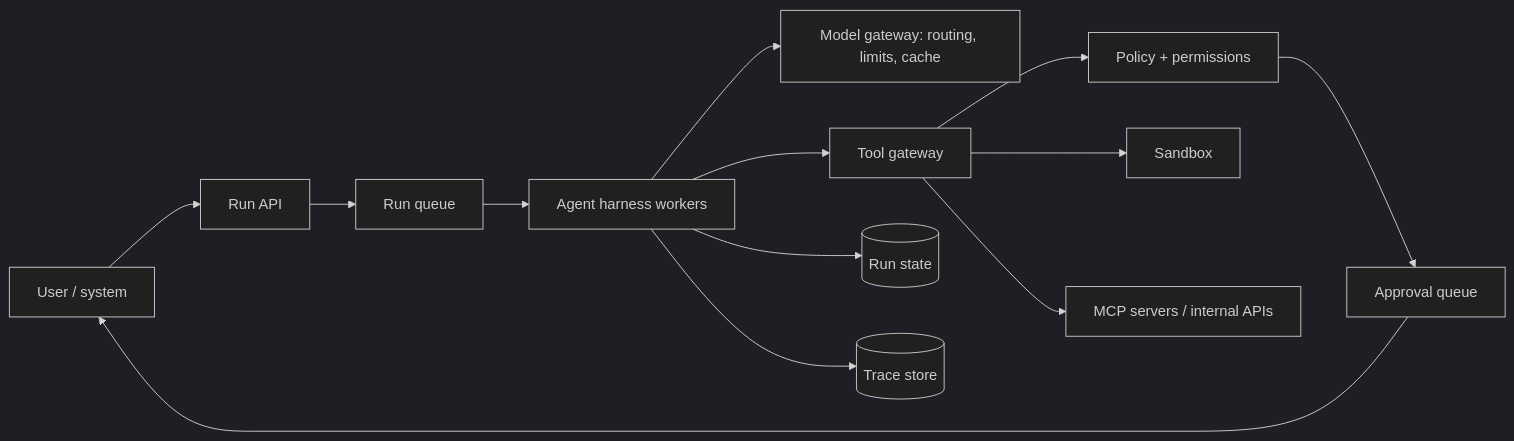
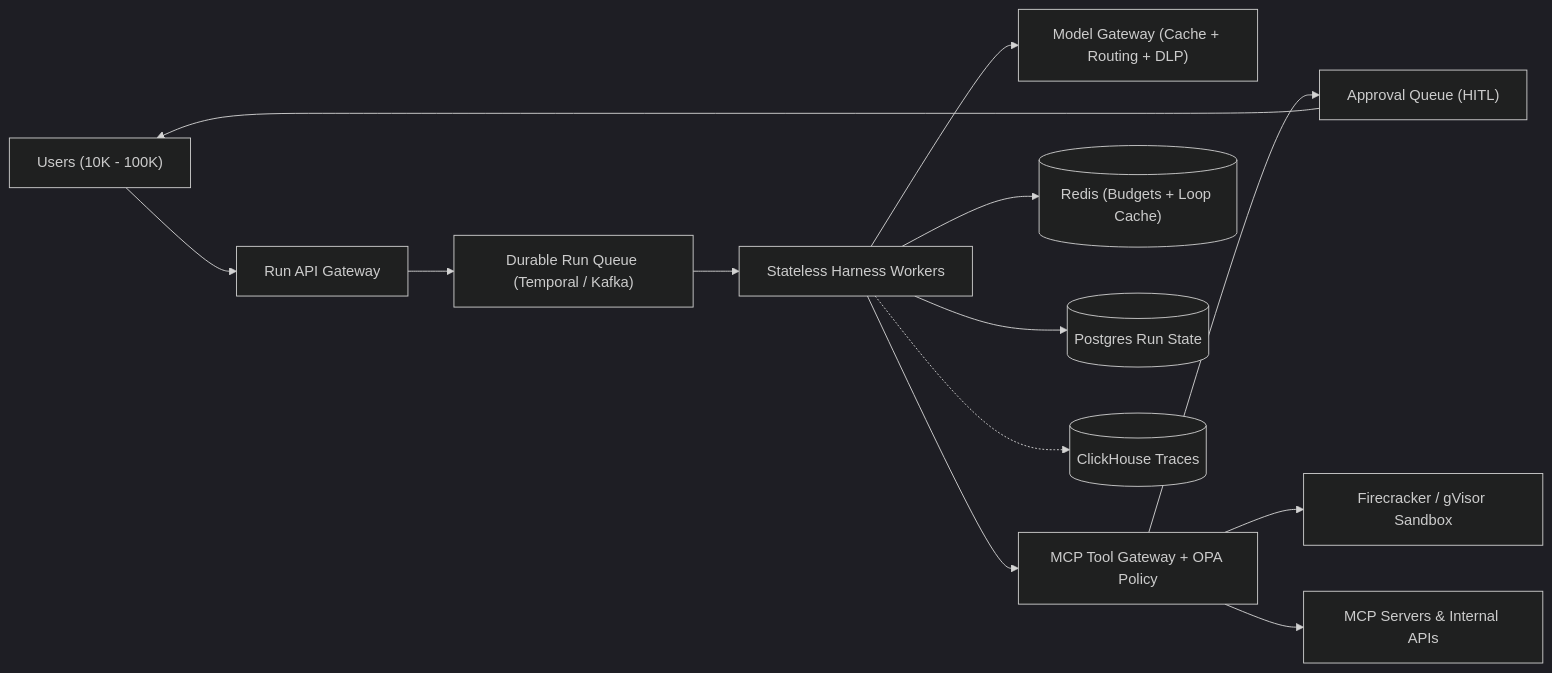
One commit to TapanKumarBarik/Backend-roadmap changed the second of 5 diagrams in content/system-design/22-interview-design-problems/36-design-an-enterprise-ai-agent-platform/README.md. Above: the diagram before and after it, drawn with Mermaid (dark theme). The commit also changed other lines of this file and 37 other files, not shown here.

Commit message:
Upgrade Track 22 (37 interview design problems) with scale-by-scale architecture evolution

````diff
--- a/content/system-design/22-interview-design-problems/36-design-an-enterprise-ai-agent-platform/README.md
+++ b/content/system-design/22-interview-design-problems/36-design-an-enterprise-ai-agent-platform/README.md
@@ -108,12 +151,17 @@
 ```mermaid
 flowchart LR
-  U["User / system"] --> API["Run API"] --> Q["Run queue"] --> H["Agent harness workers"]
-  H --> M["Model gateway: routing, limits, cache"]
-  H --> TG["Tool gateway"]
-  TG --> POL["Policy + permissions"]
-  TG --> SB["Sandbox"]
-  TG --> MCP["MCP servers / internal APIs"]
-  H --> ST[("Run state")]
-  H --> TR[("Trace store")]
-  POL --> AP["Approval queue"] --> U
+  U["Users (10K - 100K)"] --> GW["Run API Gateway"]
+  GW --> Q["Durable Run Queue (Temporal / Kafka)"]
+  Q --> HW["Stateless Harness Workers"]
+
+  HW --> MG["Model Gateway (Cache + Routing + DLP)"]
+  HW --> TG["MCP Tool Gateway + OPA Policy"]
+  TG --> AP["Approval Queue (HITL)"]
+  TG --> SB["Firecracker / gVisor Sandbox"]
+  TG --> MCP["MCP Servers & Internal APIs"]
+
+  HW --> RC[("Redis (Budgets + Loop Cache)")]
+  HW --> PG[("Postgres Run State")]
+  HW -.-> CH[("ClickHouse Traces")]
+  AP --> U
 ```
````
